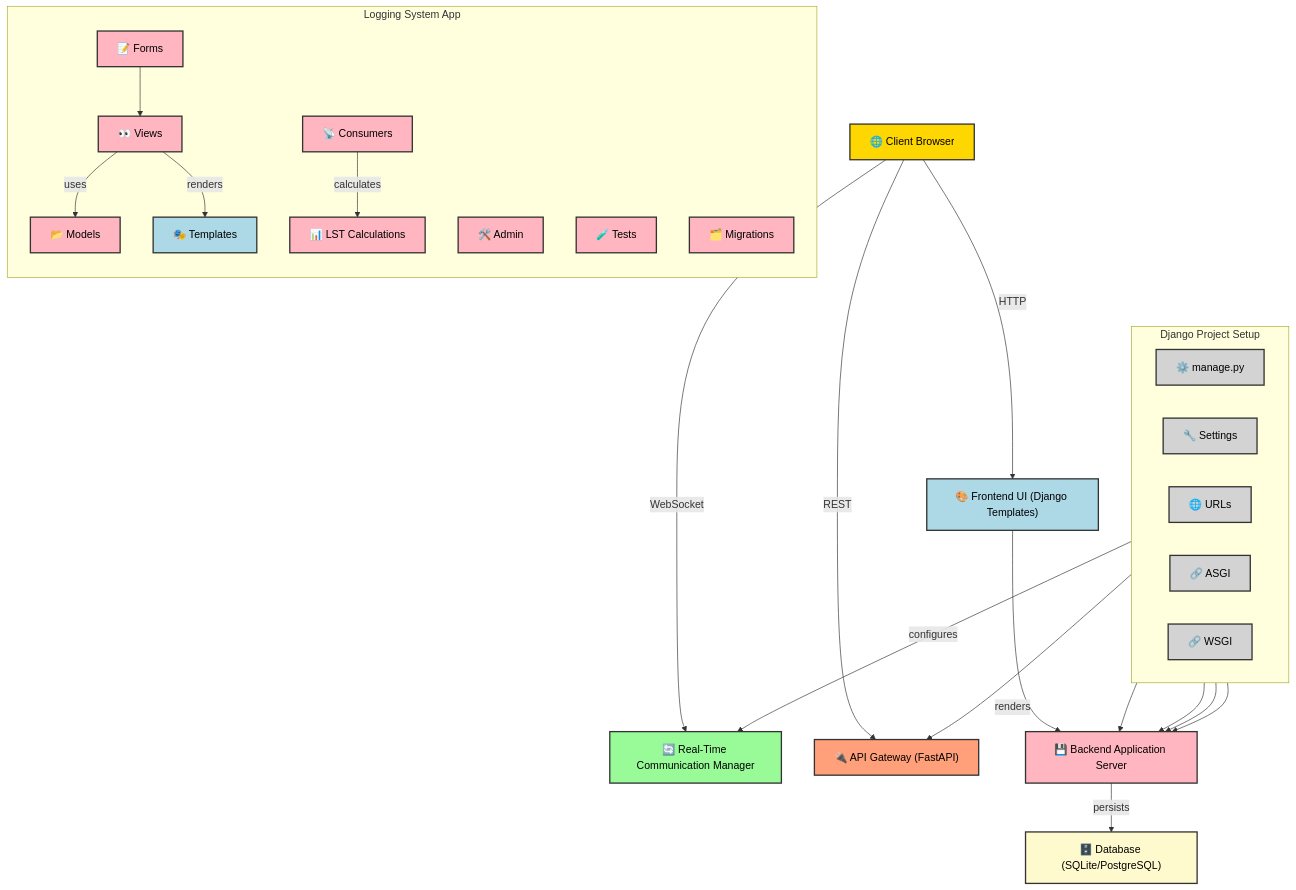
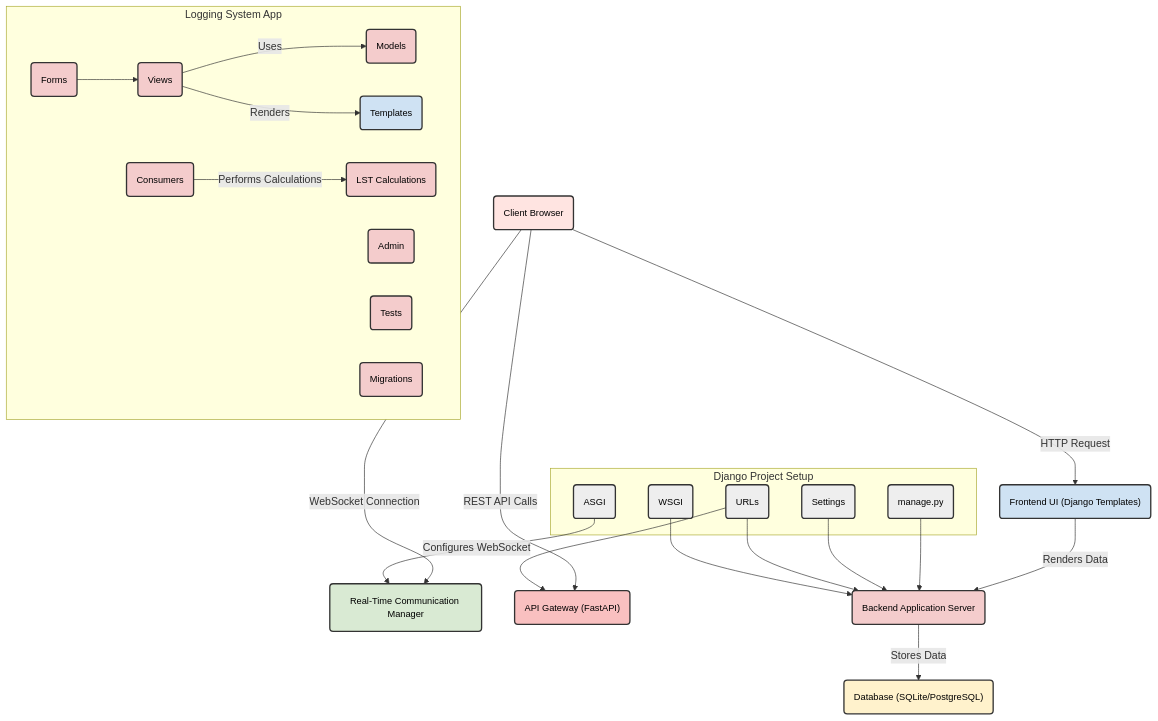
Before and after one commit to RadadiyaAditya/Telescope_Logging: the diagram in README.md, drawn with Mermaid.

````diff
--- a/README.md
+++ b/README.md
@@ -23,98 +23,98 @@
 ```mermaid
-flowchart TB;
+%% A custom initialization block for a pastel-lavender background
+%% (May not always display on GitHub, but works in Mermaid Live Editor or custom setups)
+%%{init: {'theme': 'default', 'themeVariables': { 'background': '#F3E5F5'}}}%%
+
+flowchart TD
     %% Client
-    Client["🌐 Client Browser"]:::client
+    Client("Client Browser"):::client
 
     %% Frontend
-    Frontend["🎨 Frontend UI (Django Templates)"]:::frontend
+    Frontend("Frontend UI (Django Templates)"):::frontend
 
     %% Real-time Communication
-    Realtime["🔄 Real-Time Communication Manager"]:::realtime
+    Realtime("Real-Time Communication Manager"):::realtime
 
     %% API Endpoints
-    APIGateway["🔌 API Gateway (FastAPI)"]:::api
+    APIGateway("API Gateway (FastAPI)"):::api
 
     %% Backend Application Server
-    Backend["💾 Backend Application Server"]:::backend
+    Backend("Backend Application Server"):::backend
 
     %% Database
-    DB["🗄️ Database (SQLite/PostgreSQL)"]:::database
+    DB("Database (SQLite/PostgreSQL)"):::database
 
     %% Django Project Setup subgraph
-    subgraph "🛠️ Django Project Setup" [Django Project Setup]
-        direction LR
-        managePy["⚙️ manage.py"]:::config
-        settings["🔧 Settings"]:::config
-        urls["🌐 URLs"]:::config
-        asgi["🔗 ASGI"]:::config
-        wsgi["🔗 WSGI"]:::config
+    subgraph "Django Project Setup"
+        managePy("manage.py"):::config
+        settings("Settings"):::config
+        urls("URLs"):::config
+        asgi("ASGI"):::config
+        wsgi("WSGI"):::config
     end
 
     %% Logging System Application subgraph
-    subgraph "📜 Logging System App" [Logging System App]
-        direction TB
-        models["📂 Models"]:::backend
-        views["👀 Views"]:::backend
-        forms["📝 Forms"]:::backend
-        admin["🛠️ Admin"]:::backend
-        tests["🧪 Tests"]:::backend
-        migrations["🗂️ Migrations"]:::backend
-        consumers["📡 Consumers"]:::backend
-        lst["📊 LST Calculations"]:::backend
-        templates["🎭 Templates"]:::frontend
+    subgraph "Logging System App"
+        forms("Forms"):::backend
+        views("Views"):::backend
+        consumers("Consumers"):::backend
+        models("Models"):::backend
+        templates("Templates"):::frontend
+        lst("LST Calculations"):::backend
+        admin("Admin"):::backend
+        tests("Tests"):::backend
+        migrations("Migrations"):::backend
     end
 
     %% Relationships between high-level components
-    Client -->|"HTTP"| Frontend
-    Client -->|"REST"| APIGateway
-    Client -->|"WebSocket"| Realtime
+    Client -->|"HTTP Request"| Frontend
+    Client -->|"REST API Calls"| APIGateway
+    Client -->|"WebSocket Connection"| Realtime
 
-    Frontend -->|"renders"| Backend
-    Backend -->|"persists"| DB
+    Frontend -->|"Renders Data"| Backend
+    Backend -->|"Stores Data"| DB
 
     %% Integration of configuration into backend and real-time
     managePy --> Backend
     settings --> Backend
     urls --> Backend
-    asgi -- "configures" --> Realtime
+    asgi -- "Configures WebSocket" --> Realtime
     wsgi --> Backend
 
     %% Internal relationships within Logging System App
-    views -->|"uses"| models
+    views -->|"Uses"| models
     forms --> views
-    views -->|"renders"| templates
-    consumers -->|"calculates"| lst
+    views -->|"Renders"| templates
+    consumers -->|"Performs Calculations"| lst
 
     %% Connect API layer to configuration (defining endpoints)
     urls --> APIGateway
 
-    %% Styles for Better Readability
-    classDef client fill:#FFD700,stroke:#333,stroke-width:2px,font-size:16px,color:#000;
-    classDef frontend fill:#ADD8E6,stroke:#333,stroke-width:2px,font-size:16px,color:#000;
-    classDef realtime fill:#98FB98,stroke:#333,stroke-width:2px,font-size:16px,color:#000;
-    classDef backend fill:#FFB6C1,stroke:#333,stroke-width:2px,font-size:16px,color:#000;
-    classDef database fill:#FFFACD,stroke:#333,stroke-width:2px,font-size:16px,color:#000;
-    classDef config fill:#D3D3D3,stroke:#333,stroke-width:2px,font-size:16px,color:#000;
-    classDef api fill:#FFA07A,stroke:#333,stroke-width:2px,font-size:16px,color:#000;
+    %% Pastel Styles for a Light Theme
+    classDef client fill:#FFE4E1,stroke:#333,stroke-width:2px,font-size:14px,color:#000;
+    classDef frontend fill:#CFE2F3,stroke:#333,stroke-width:2px,font-size:14px,color:#000;
+    classDef realtime fill:#D9EAD3,stroke:#333,stroke-width:2px,font-size:14px,color:#000;
+    classDef backend fill:#F4CCCC,stroke:#333,stroke-width:2px,font-size:14px,color:#000;
+    classDef database fill:#FFF2CC,stroke:#333,stroke-width:2px,font-size:14px,color:#000;
+    classDef config fill:#EEEEEE,stroke:#333,stroke-width:2px,font-size:14px,color:#000;
+    classDef api fill:#F9C0C0,stroke:#333,stroke-width:2px,font-size:14px,color:#000;
 
-    %% Clickable Links for Django Project Setup
-    click managePy "https://github.com/yourusername/telescope_logging/blob/main/manage.py"
-    click settings "https://github.com/yourusername/telescope_logging/blob/main/telescope_log/settings.py"
-    click urls "https://github.com/yourusername/telescope_logging/blob/main/telescope_log/urls.py"
-    click asgi "https://github.com/yourusername/telescope_logging/blob/main/telescope_log/asgi.py"
-    click wsgi "https://github.com/yourusername/telescope_logging/blob/main/telescope_log/wsgi.py"
+    %% Clickable GitHub Links (with tooltips)
+    click managePy "https://github.com/radadiyaaditya/telescope_logging/blob/main/manage.py" "Django Management Script"
+    click settings "https://github.com/radadiyaaditya/telescope_logging/blob/main/telescope_log/settings.py" "Django Settings"
+    click urls "https://github.com/radadiyaaditya/telescope_logging/blob/main/telescope_log/urls.py" "Django URL Configurations"
+    click asgi "https://github.com/radadiyaaditya/telescope_logging/blob/main/telescope_log/asgi.py" "Django ASGI Config"
+    click wsgi "https://github.com/radadiyaaditya/telescope_logging/blob/main/telescope_log/wsgi.py" "Django WSGI Config"
 
-    %% Clickable Links for Logging System Application
-    click models "https://github.com/yourusername/telescope_logging/blob/main/logging_system/models.py"
-    click views "https://github.com/yourusername/telescope_logging/blob/main/logging_system/views.py"
-    click forms "https://github.com/yourusername/telescope_logging/blob/main/logging_system/forms.py"
-    click admin "https://github.com/yourusername/telescope_logging/blob/main/logging_system/admin.py"
-    click tests "https://github.com/yourusername/telescope_logging/blob/main/logging_system/tests.py"
-    click migrations "https://github.com/yourusername/telescope_logging/tree/main/logging_system/migrations/"
-    click consumers "https://github.com/yourusername/telescope_logging/blob/main/logging_system/consumers.py"
-    click templates "https://github.com/yourusername/telescope_logging/tree/main/logging_system/templates/logging_system/"
-    click lst "https://github.com/yourusername/telescope_logging/blob/main/logging_system/lst.py"
+    click models "https://github.com/radadiyaaditya/telescope_logging/blob/main/logging_system/models.py" "Django Models"
+    click views "https://github.com/radadiyaaditya/telescope_logging/blob/main/logging_system/views.py" "Django Views"
+    click forms "https://github.com/radadiyaaditya/telescope_logging/blob/main/logging_system/forms.py" "Django Forms"
+    click admin "https://github.com/radadiyaaditya/telescope_logging/blob/main/logging_system/admin.py" "Django Admin Panel"
+    click tests "https://github.com/radadiyaaditya/telescope_logging/blob/main/logging_system/tests.py" "Django Test Cases"
+    click migrations "https://github.com/radadiyaaditya/telescope_logging/tree/main/logging_system/migrations/" "Django Migrations"
+    click consumers "https://github.com/radadiyaaditya/telescope_logging/blob/main/logging_system/consumers.py" "Django WebSockets Consumers"
+    click templates "https://github.com/radadiyaaditya/telescope_logging/tree/main/logging_system/templates/logging_system/" "Django Templates"
+    click lst "https://github.com/radadiyaaditya/telescope_logging/blob/main/logging_system/lst.py" "Local Sidereal Time Calculations"
 
-    %% Click Event for API Endpoints Integration
-    click APIGateway "https://github.com/yourusername/telescope_logging/blob/main/README.md"
+    click APIGateway "https://github.com/radadiyaaditya/telescope_logging/blob/main/README.md" "FastAPI Gateway"
 ```
````
